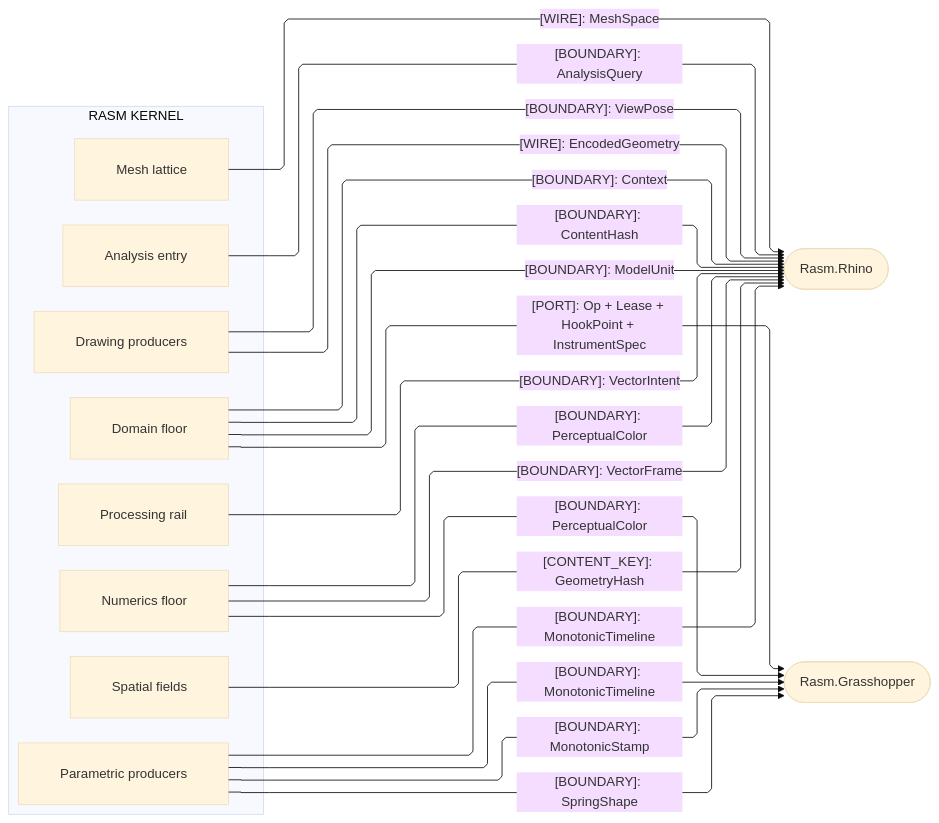
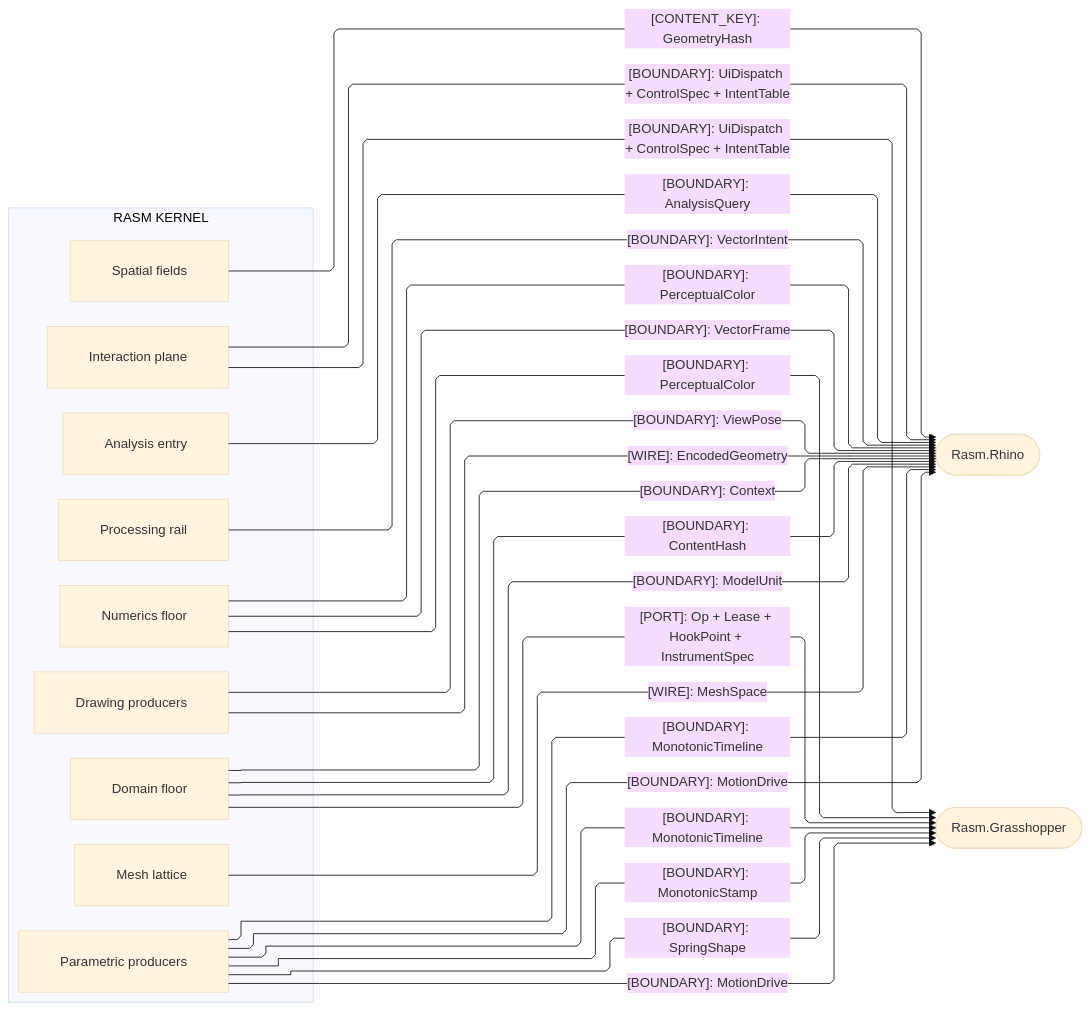
Before and after one commit to bsamiee/Rasm: the fourth of 4 diagrams in libs/csharp/Rasm/ARCHITECTURE.md, drawn with Mermaid (base theme). The commit also changed other lines of this file and 24 other files, not shown here.

First line of the commit message:
Land Rasm interaction plane infra: host-surface split, reviewer rules, laws

````diff
--- a/libs/csharp/Rasm/ARCHITECTURE.md
+++ b/libs/csharp/Rasm/ARCHITECTURE.md
@@ -263,41 +294,46 @@
 ```mermaid
 ---
 config:
   layout: elk
   flowchart:
     curve: linear
     padding: 25
 ---
 flowchart LR
     accTitle: Kernel host-UI boundary seams
     accDescr: Kernel sub-domain owners handing frozen-name boundary contracts, geometry wires, content keys, and the causal-frame port to the Rhino and Grasshopper host packages, every rail one-way down from the kernel.
     subgraph rasm[RASM KERNEL]
         Domain[Domain floor]
         Numerics[Numerics floor]
         Spatial[Spatial fields]
         Meshing[Mesh lattice]
         Parametric[Parametric producers]
         Processing[Processing rail]
         Drawing[Drawing producers]
         Analysis[Analysis entry]
+        Interaction[Interaction plane]
     end
     Rhino([Rasm.Rhino])
     Grasshopper([Rasm.Grasshopper])
     Numerics e8@-->|"[BOUNDARY]: PerceptualColor"| Rhino
     Numerics e9@-->|"[BOUNDARY]: PerceptualColor"| Grasshopper
     Domain e16@-->|"[BOUNDARY]: Context"| Rhino
     Domain e17@-->|"[BOUNDARY]: ContentHash"| Rhino
     Parametric e10@-->|"[BOUNDARY]: MonotonicTimeline"| Rhino
     Parametric e11@-->|"[BOUNDARY]: MonotonicTimeline"| Grasshopper
     Processing e12@-->|"[BOUNDARY]: VectorIntent"| Rhino
     Analysis e13@-->|"[BOUNDARY]: AnalysisQuery"| Rhino
     Domain e14@-->|"[BOUNDARY]: ModelUnit"| Rhino
     Numerics e15@-->|"[BOUNDARY]: VectorFrame"| Rhino
     Drawing e18@-->|"[BOUNDARY]: ViewPose"| Rhino
     Drawing e19@-->|"[WIRE]: EncodedGeometry"| Rhino
     Meshing e20@-->|"[WIRE]: MeshSpace"| Rhino
     Spatial e21@-->|"[CONTENT_KEY]: GeometryHash"| Rhino
     Parametric e22@-->|"[BOUNDARY]: MonotonicStamp"| Grasshopper
     Parametric e23@-->|"[BOUNDARY]: SpringShape"| Grasshopper
     Domain e24@-->|"[PORT]: Op + Lease + HookPoint + InstrumentSpec"| Grasshopper
+    Parametric e25@-->|"[BOUNDARY]: MotionDrive"| Rhino
+    Parametric e26@-->|"[BOUNDARY]: MotionDrive"| Grasshopper
+    Interaction e27@-->|"[BOUNDARY]: UiDispatch + ControlSpec + IntentTable"| Rhino
+    Interaction e28@-->|"[BOUNDARY]: UiDispatch + ControlSpec + IntentTable"| Grasshopper
 ```
````
